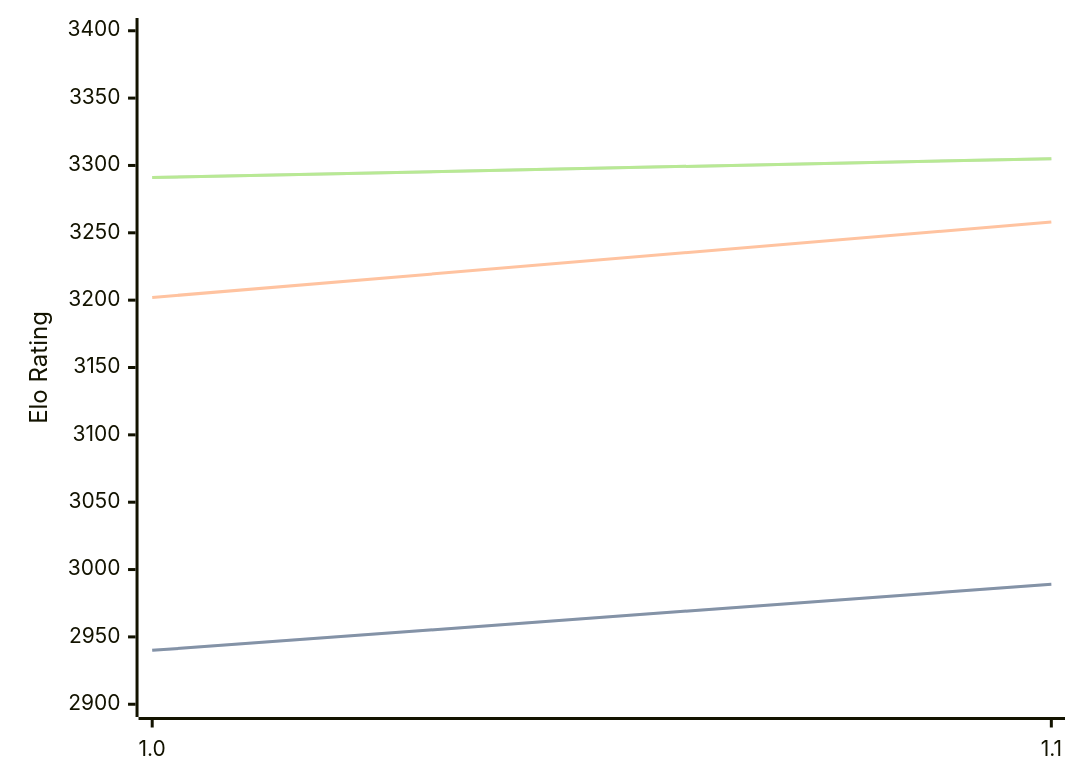
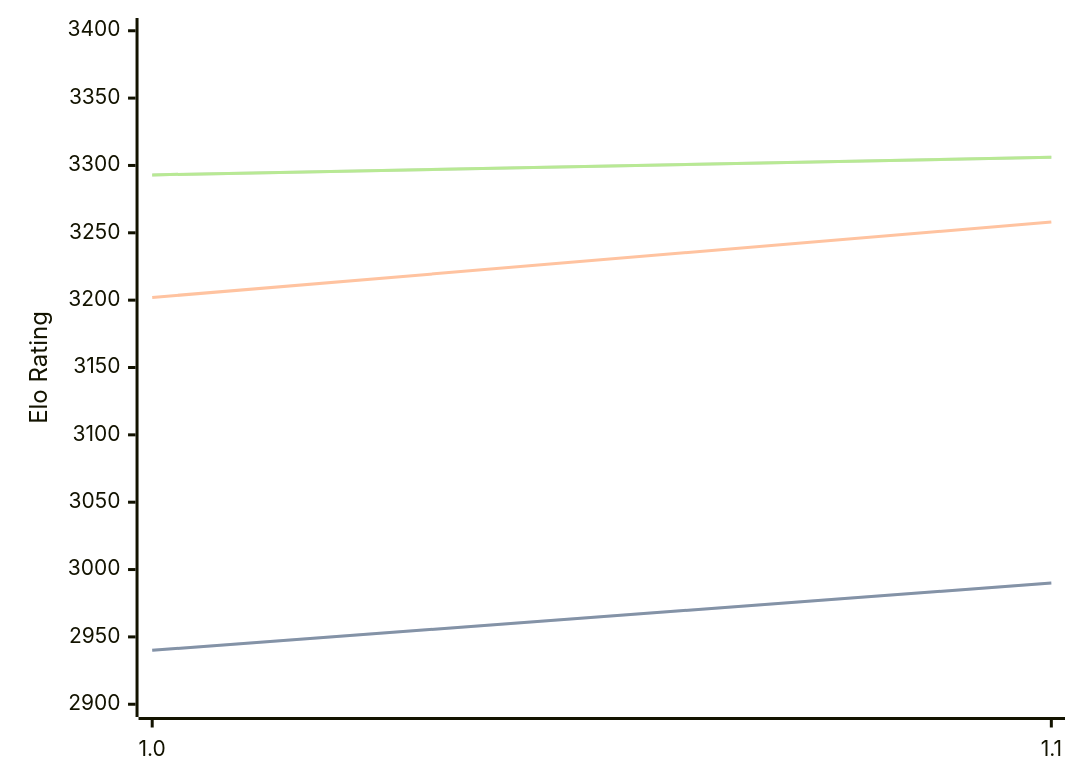
One commit to computer-chess-index/cci changed the diagram in engines/RodentV.md. Above: the diagram before and after it, drawn with Mermaid. The commit also changed other lines of this file, not shown here.

Commit message:
Update CCI Ratings (ELO VLTC) - 2026-10-08

````diff
--- a/engines/RodentV.md
+++ b/engines/RodentV.md
@@ -33,11 +33,11 @@
 ```mermaid
 %%{init: {"theme":"base","themeVariables":{"seriesColors:['#a3a3a3','#222221','#faa371']}}}%%
 xychart-beta
   x-axis ["1.0", "1.1"]
   y-axis "Elo Rating" 2900 --> 3400
-  line "" [2940, 2989]
-  line "STC (8.0+0.08s)" [2940, 2989]
+  line "" [2940, 2990]
+  line "STC (8.0+0.08s)" [2940, 2990]
   line "LTC (60.0+0.60s)" [3202, 3258]
-  line "" [3291, 3305]
-  line "VLTC (2m24s+1.12s)" [3291, 3305]
+  line "" [3293, 3306]
+  line "VLTC (2m24s+1.12s)" [3293, 3306]
 ```
````
